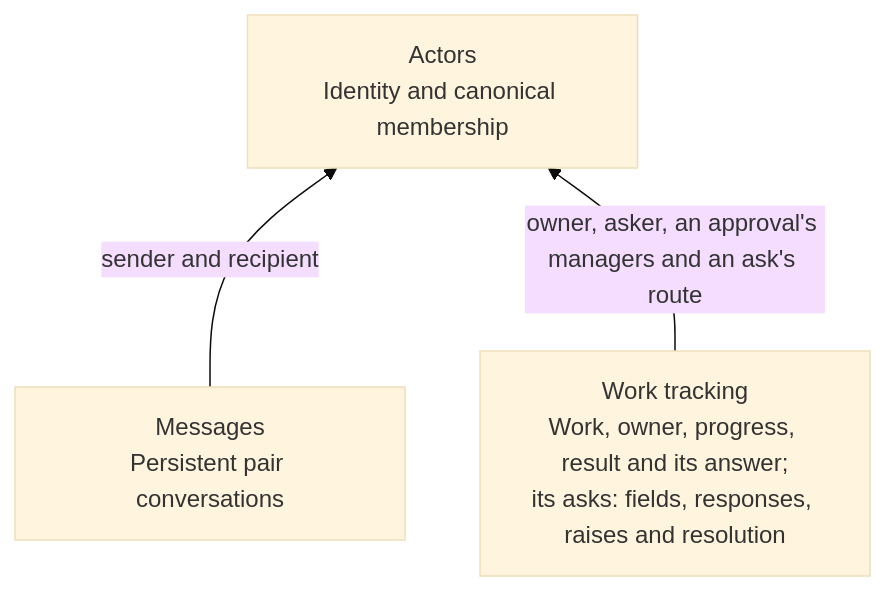
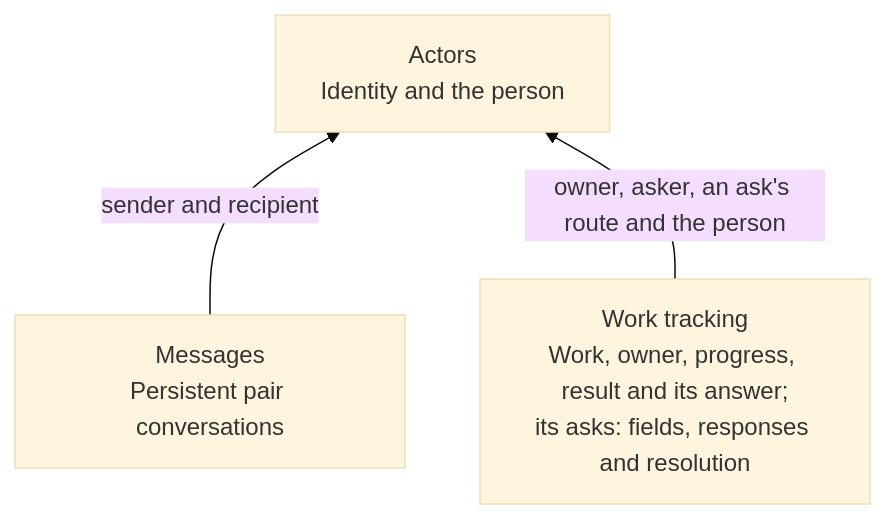
The first of 2 diagrams in docs/design.md (uniac-ai/AgenticWorkspace), drawn with Mermaid (base theme) before and after one commit. The commit also changed other lines of this file and 18 other files, not shown here.

First line of the commit message:
Flatten the organization: route asks by requester, drop levels

````diff
--- a/docs/design.md
+++ b/docs/design.md
@@ -9,8 +9,8 @@
 ```mermaid
 flowchart BT
-    A["Actors<br/>Identity and canonical membership"]
+    A["Actors<br/>Identity and the person"]
     M["Messages<br/>Persistent pair conversations"]
-    T["Work tracking<br/>Work, owner, progress, result and its answer;<br/>its asks: fields, responses, raises and resolution"]
+    T["Work tracking<br/>Work, owner, progress, result and its answer;<br/>its asks: fields, responses and resolution"]
     M -->|"sender and recipient"| A
-    T -->|"owner, asker, an approval's managers and an ask's route"| A
+    T -->|"owner, asker, an ask's route and the person"| A
 ```
````
